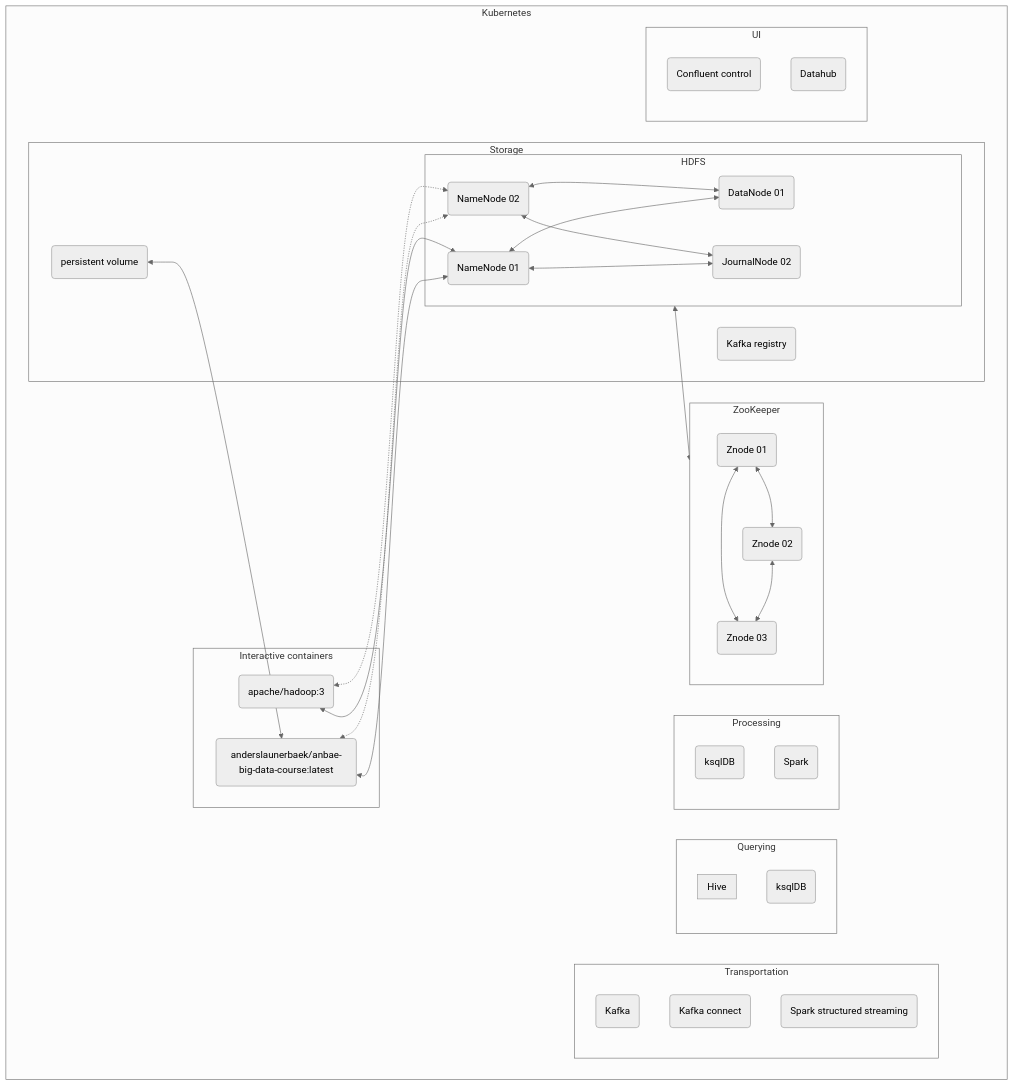
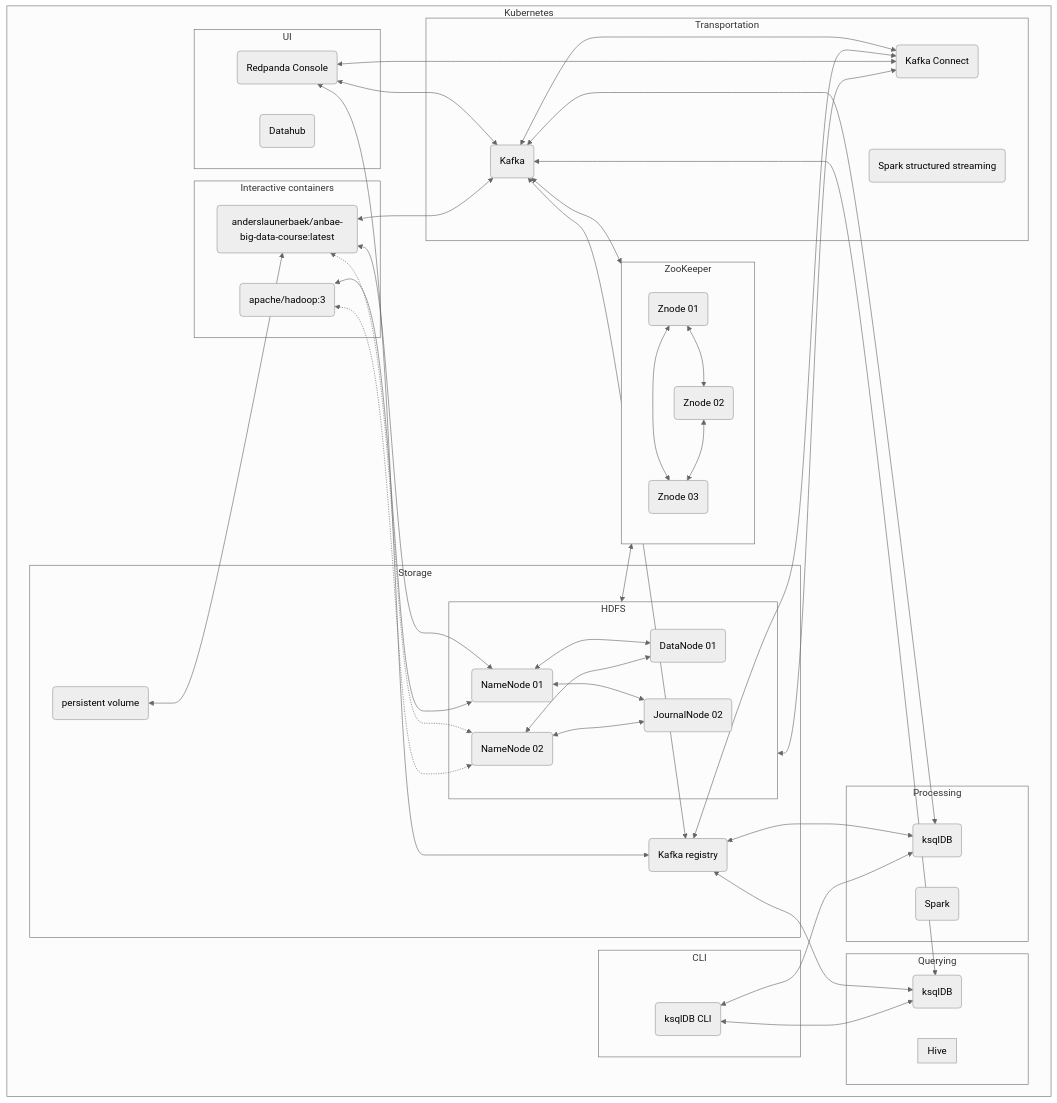
Before and after one commit to jakobhviid/BigDataCourseExercises: the diagram in README.md, drawn with Mermaid (neutral theme). The commit also changed other lines of this file and 4 other files, not shown here.

Commit message:
updated main graph and deleted some file duplicates.

````diff
--- a/README.md
+++ b/README.md
@@ -17,63 +17,76 @@
 ```mermaid
 graph
 
 subgraph Kubernetes
     subgraph Storage 
         pvolume(persistent volume)
     
         subgraph HDFS
             namenode01(NameNode 01)
             namenode02(NameNode 02)
             datanode01(DataNode 01)
             datanode02(JournalNode 02)
             namenode01 & namenode02 <--> datanode01 & datanode02
         end
         registry(Kafka registry)
     end
     subgraph ZooKeeper
         znode01(Znode 01)
         znode02(Znode 02)
         znode03(Znode 03)
 
         znode01 <--> znode02 
         znode01 <--> znode03 
         znode02 <--> znode03
      end
     subgraph Transportation
         transkafka(Kafka)
-        transconnect(Kafka connect)
+        transconnect(Kafka Connect)
         transspark(Spark structured streaming)
+        transkafka <--> transconnect
     end
     subgraph Interactive containers
         ubuntupy(anderslaunerbaek/anbae-big-data-course:latest)
         apachehadoop(apache/hadoop:3)
     end
     
     subgraph Querying
         subgraph Hive
         end
         queryksqldb(ksqlDB)
     end
     
     
     subgraph Processing
         processksqldb(ksqlDB)
         processspark(Spark)
     end
 
 
     subgraph UI
-        uiconcontrol(Confluent control)
+        uiconcontrol(Redpanda Console)
         uidatahub(Datahub)
+    end
+    subgraph CLI
+        cliksqlDB(ksqlDB CLI)
     end
 
 ubuntupy & apachehadoop <--> namenode01
 ubuntupy & apachehadoop <-.-> namenode02
 pvolume <--> ubuntupy
 
-HDFS <--> ZooKeeper
+HDFS <--> ZooKeeper & transconnect
+transkafka <--> ZooKeeper & registry & processksqldb & queryksqldb
+
+registry <--> processksqldb & transconnect & queryksqldb
+
+uiconcontrol <--> registry & transkafka & transconnect
+
+cliksqlDB <--> processksqldb & queryksqldb
+
+ubuntupy <--> transkafka
 
 end
 
 
 ```
````
